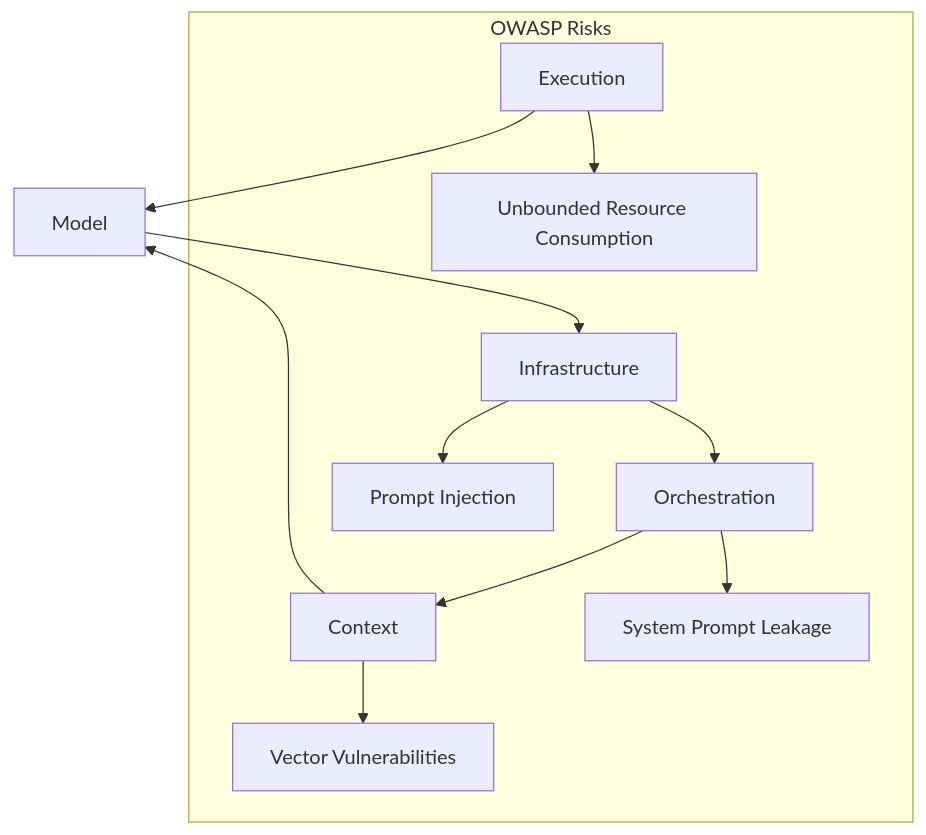
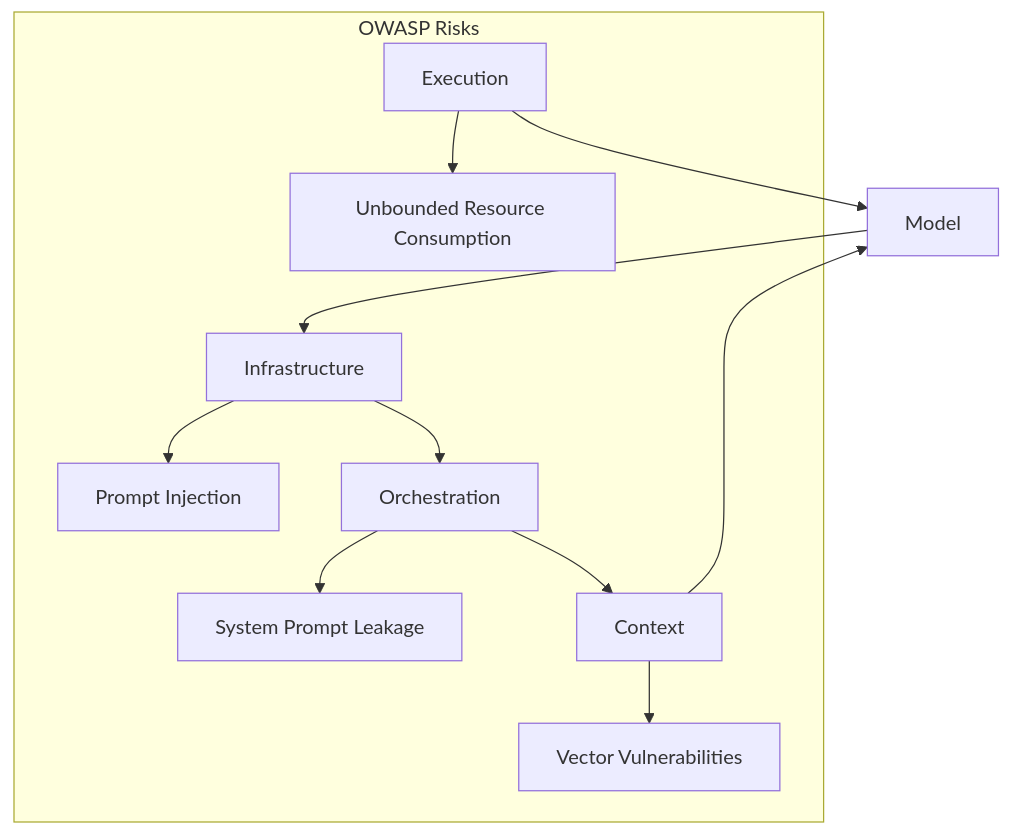
Before and after one commit to lefthand67/ai_engineering_handbook: the diagram in in_progress/00_intro/ai_systems_multilayer_approach.md, drawn with Mermaid. The commit also changed other lines of this file, not shown here.

````diff
--- a/in_progress/00_intro/ai_systems_multilayer_approach.md
+++ b/in_progress/00_intro/ai_systems_multilayer_approach.md
@@ -169,15 +176,18 @@
 ```mermaid
-graph TD
-    Execution --> Model
+flowchart TD
+ subgraph subGraph0["OWASP Risks"]
+        LLM10["Unbounded Resource Consumption"]
+        Execution["Execution"]
+        LLM01["Prompt Injection"]
+        Infrastructure["Infrastructure"]
+        LLM02["System Prompt Leakage"]
+        Orchestration["Orchestration"]
+        LLM08["Vector Vulnerabilities"]
+        Context["Context"]
+  end
+    Execution --> Model["Model"] & LLM10
     Model --> Infrastructure
-    Infrastructure --> Orchestration
-    Orchestration --> Context
-    Context --> Model
-    
-    subgraph OWASP Risks
-    Execution --> LLM10[Unbounded Resource Consumption]
-    Infrastructure --> LLM01[Prompt Injection]
-    Orchestration --> LLM02[System Prompt Leakage]
-    Context --> LLM08[Vector Vulnerabilities]
-    end
+    Infrastructure --> Orchestration & LLM01
+    Orchestration --> Context & LLM02
+    Context --> Model & LLM08
 ```
````
